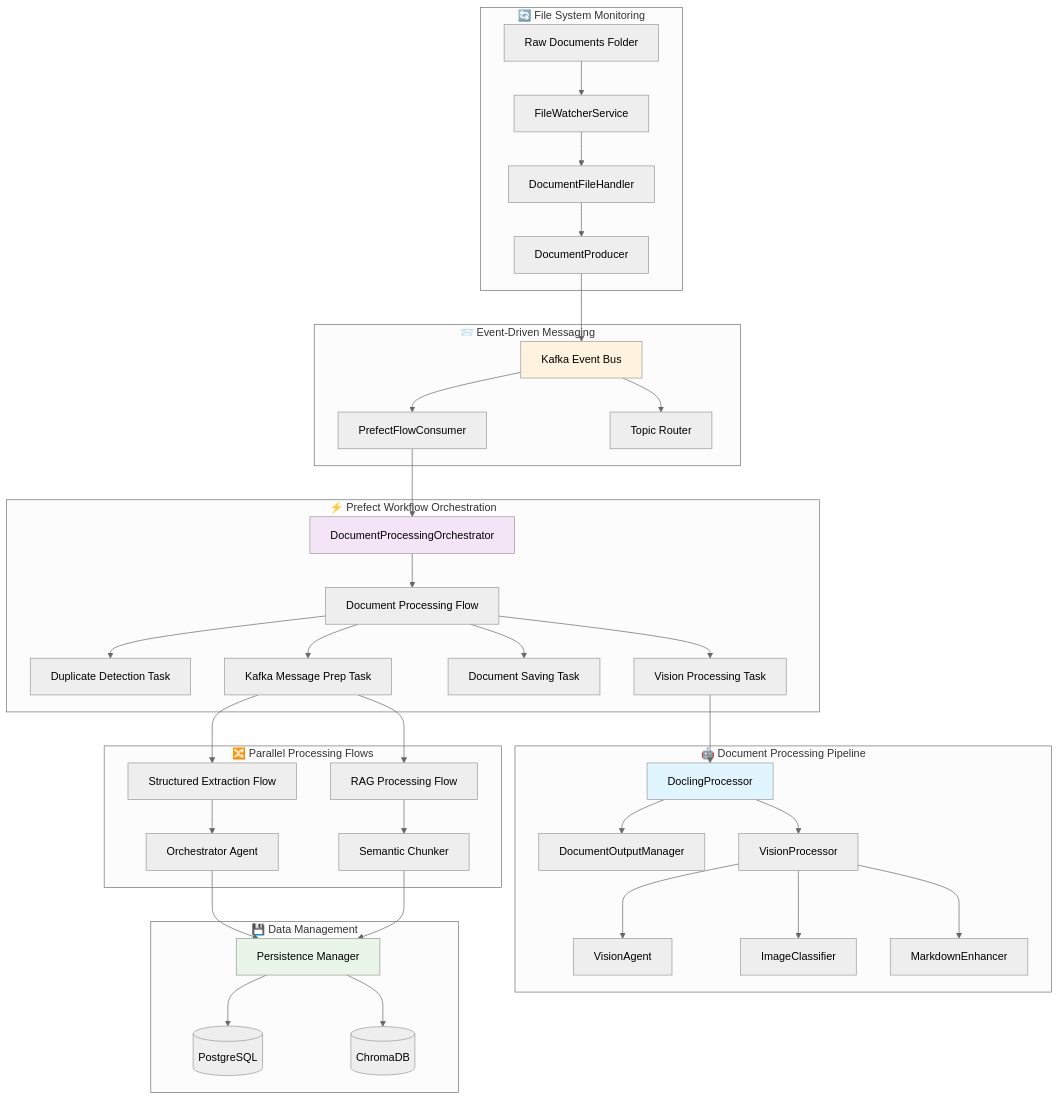
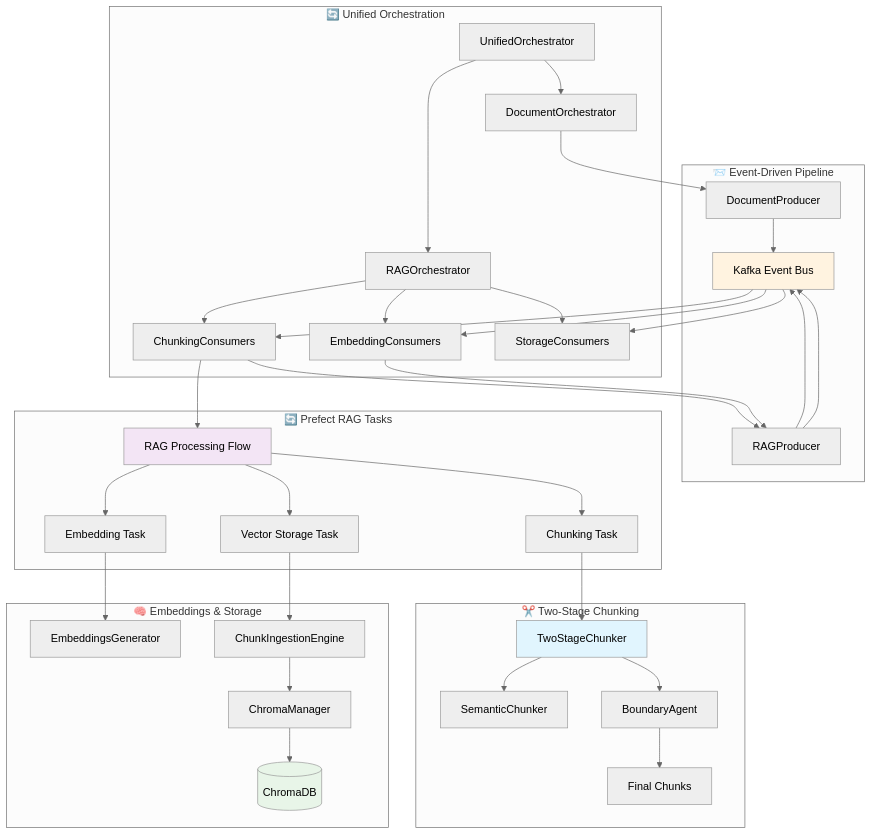
The second of 4 diagrams in README.md (h19overflow/scaled_processing), drawn with Mermaid (neutral theme) before and after one commit. The commit also changed other lines of this file and 2 other files, not shown here.

Commit message:
updating diagrams and readme md

````diff
--- a/README.md
+++ b/README.md
@@ -81,51 +87,48 @@
 ```mermaid
 graph TB
-    subgraph "🔄 File System Monitoring"
-        FS[Raw Documents Folder] --> FW[FileWatcherService]
-        FW --> FH[DocumentFileHandler]
-        FH --> DP[DocumentProducer]
+    subgraph "🔄 Unified Orchestration"
+        UO[UnifiedOrchestrator] --> DO[DocumentOrchestrator]
+        UO --> RO[RAGOrchestrator]
+        RO --> CC[ChunkingConsumers]
+        RO --> EC[EmbeddingConsumers]  
+        RO --> SC[StorageConsumers]
     end
     
-    subgraph "📨 Event-Driven Messaging"
+    subgraph "📨 Event-Driven Pipeline"
+        DO --> DP[DocumentProducer]
         DP --> K[Kafka Event Bus]
-        K --> FC[PrefectFlowConsumer]
-        K --> TR[Topic Router]
+        K --> CC
+        CC --> RP[RAGProducer]
+        RP --> K
+        K --> EC
+        EC --> RP
+        RP --> K
+        K --> SC
     end
     
-    subgraph "⚡ Prefect Workflow Orchestration"
-        FC --> DO[DocumentProcessingOrchestrator]
-        DO --> PF[Document Processing Flow]
-        PF --> DT[Duplicate Detection Task]
-        PF --> VT[Vision Processing Task]
-        PF --> ST[Document Saving Task]
-        PF --> KT[Kafka Message Prep Task]
+    subgraph "🔄 Prefect RAG Tasks"
+        CC --> RF[RAG Processing Flow]
+        RF --> CT[Chunking Task]
+        RF --> ET[Embedding Task]
+        RF --> VT[Vector Storage Task]
     end
     
-    subgraph "🤖 Document Processing Pipeline"
-        VT --> DLP[DoclingProcessor]
-        DLP --> OM[DocumentOutputManager]
-        DLP --> VP[VisionProcessor]
-        VP --> VA[VisionAgent]
-        VP --> IC[ImageClassifier]
-        VP --> ME[MarkdownEnhancer]
+    subgraph "✂️ Two-Stage Chunking"
+        CT --> TSC[TwoStageChunker]
+        TSC --> SEM[SemanticChunker]
+        TSC --> BA[BoundaryAgent]
+        BA --> FC[Final Chunks]
     end
     
-    subgraph "🔀 Parallel Processing Flows"
-        KT --> SE[Structured Extraction Flow]
-        KT --> RF[RAG Processing Flow]
-        SE --> OA[Orchestrator Agent]
-        RF --> SC[Semantic Chunker]
-    end
-    
-    subgraph "💾 Data Management"
-        OA --> PM[Persistence Manager]
-        SC --> PM
-        PM --> PG[(PostgreSQL)]
-        PM --> CR[(ChromaDB)]
+    subgraph "🧠 Embeddings & Storage" 
+        ET --> EG[EmbeddingsGenerator]
+        VT --> CIE[ChunkIngestionEngine]
+        CIE --> CM[ChromaManager]
+        CM --> CD[(ChromaDB)]
     end
     
     style K fill:#fff3e0
-    style DO fill:#f3e5f5
-    style DLP fill:#e1f5fe
-    style PM fill:#e8f5e8
+    style RF fill:#f3e5f5
+    style TSC fill:#e1f5fe
+    style CD fill:#e8f5e8
 ```
````
